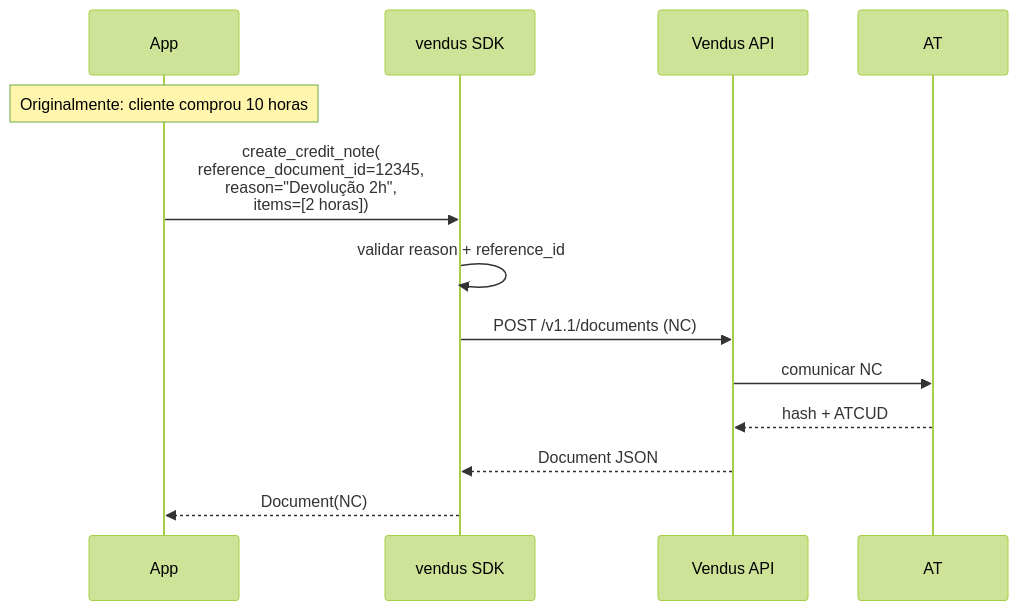
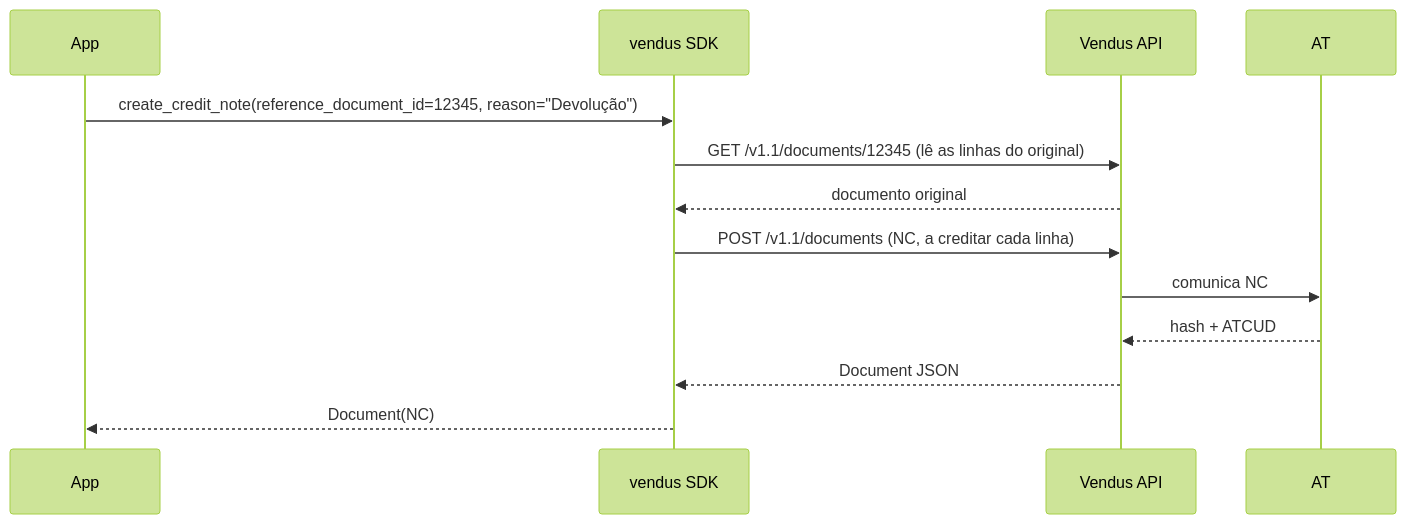
One commit to bilouro/vendus-python changed the diagram in docs/documents/credit-note.pt.md. Above: the diagram before and after it, drawn with Mermaid (forest theme). The commit also changed other lines of this file and 23 other files, not shown here.

````diff
--- a/docs/documents/credit-note.pt.md
+++ b/docs/documents/credit-note.pt.md
@@ -14,16 +13,16 @@
 ```mermaid
 sequenceDiagram
     participant App
     participant SDK as vendus SDK
     participant API as Vendus API
     participant AT
 
-    Note over App: Originalmente: cliente comprou 10 horas
-    App->>SDK: create_credit_note(<br/>reference_document_id=12345,<br/>reason="Devolução 2h",<br/>items=[2 horas])
-    SDK->>SDK: validar reason + reference_id
-    SDK->>API: POST /v1.1/documents (NC)
-    API->>AT: comunicar NC
+    App->>SDK: create_credit_note(reference_document_id=12345, reason="Devolução")
+    SDK->>API: GET /v1.1/documents/12345 (lê as linhas do original)
+    API-->>SDK: documento original
+    SDK->>API: POST /v1.1/documents (NC, a creditar cada linha)
+    API->>AT: comunica NC
     AT-->>API: hash + ATCUD
     API-->>SDK: Document JSON
     SDK-->>App: Document(NC)
 ```
````
